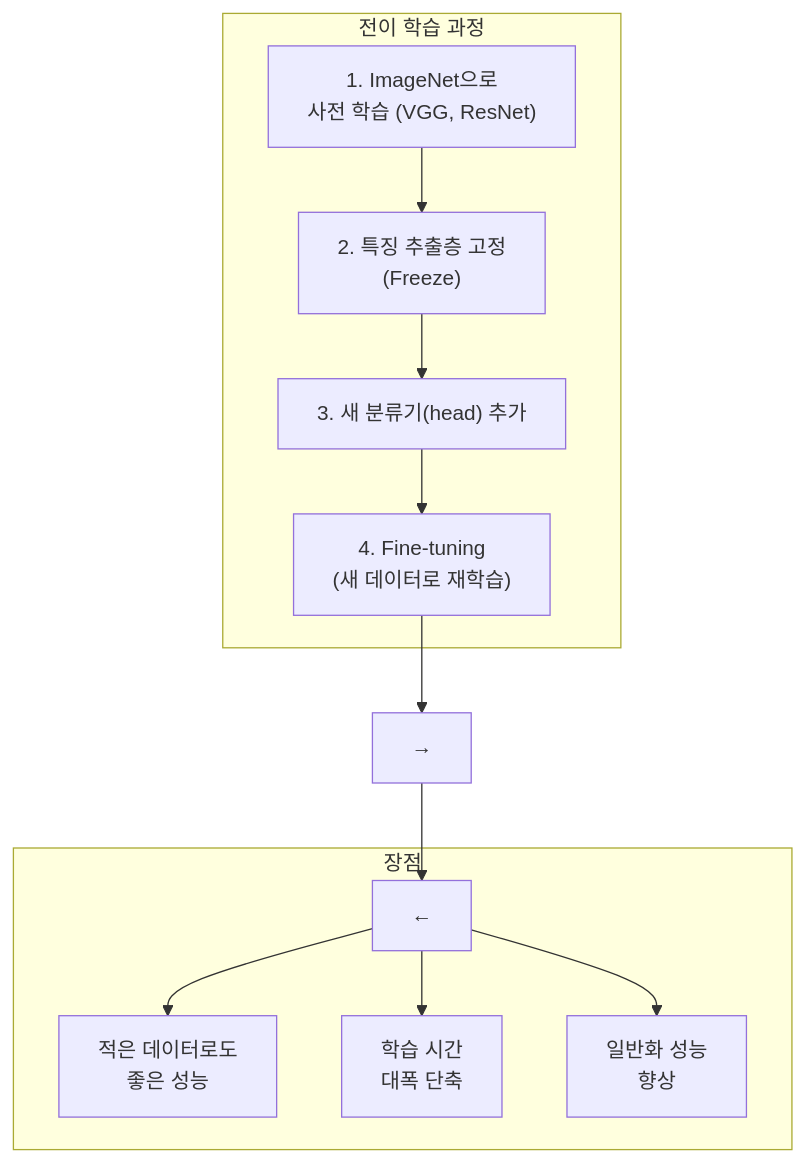
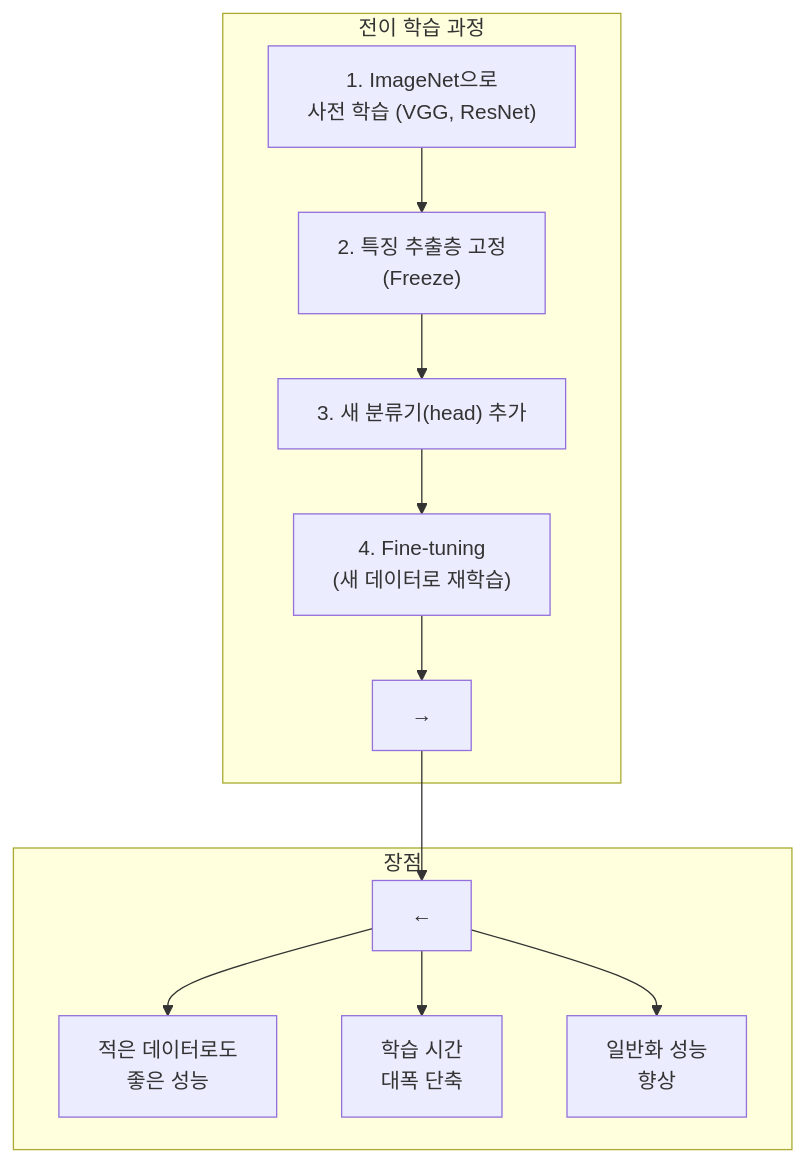
One commit to jingu279/Document changed the sixth of 7 diagrams in ai-programming/03_딥러닝/02_컴퓨터_비전.md. Above: the diagram before and after it, drawn with Mermaid. The commit also changed other lines of this file and 8 other files, not shown here.

First line of the commit message:
Fix remaining mermaid issues: bridge references, reserved keywords, lint errors

````diff
--- a/ai-programming/03_딥러닝/02_컴퓨터_비전.md
+++ b/ai-programming/03_딥러닝/02_컴퓨터_비전.md
@@ -493,25 +493,22 @@
 ```mermaid
 flowchart TB
   subgraph Transfer[전이 학습 과정]
     Pretrain["1. ImageNet으로<br/>사전 학습 (VGG, ResNet)"]
     Freeze["2. 특징 추출층 고정<br/>(Freeze)"]
     NewHead["3. 새 분류기(head) 추가"]
     FineTune["4. Fine-tuning<br/>(새 데이터로 재학습)"]
+    Pretrain --> Freeze --> NewHead --> FineTune
+    FineTune --> TransOut
   end
 
   TransOut["→"]
 
   subgraph Advantage[장점]
-    AdvIn["←"]
-    LessData["적은 데이터로도<br/>좋은 성능"]
-    Faster["학습 시간<br/>대폭 단축"]
-    Better["일반화 성능<br/>향상"]
+    AdvIn --> LessData["적은 데이터로도<br/>좋은 성능"]
+    AdvIn --> Faster["학습 시간<br/>대폭 단축"]
+    AdvIn --> Better["일반화 성능<br/>향상"]
   end
+  AdvIn["←"]
 
-  Pretrain --> Freeze --> NewHead --> FineTune
-  FineTune --> TransOut
   TransOut --> AdvIn
-  AdvIn --> LessData
-  AdvIn --> Faster
-  AdvIn --> Better
 ```
````
